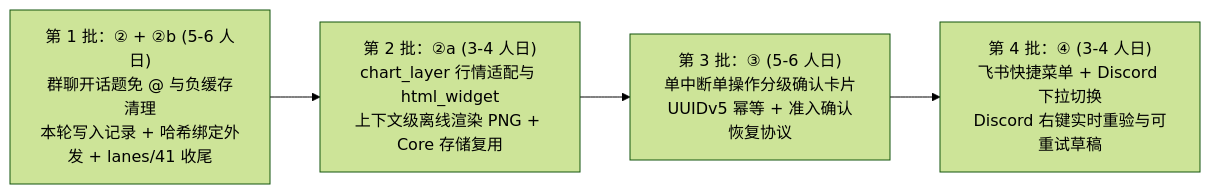
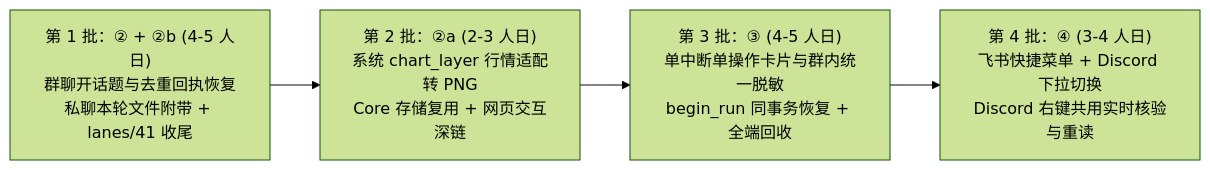
Before and after one commit to everflowinv/dalton-langalpha: the diagram in docs/dalton/features/channel-phase2.md, drawn with Mermaid (forest theme). The commit also changed other lines of this file, not shown here.

Commit message:
docs(channel): phase 2 design r4 narrowed scope (DM-only attachments, system charts only, transactional resume)

````diff
--- a/docs/dalton/features/channel-phase2.md
+++ b/docs/dalton/features/channel-phase2.md
@@ -631,6 +666,6 @@
 ```mermaid
 flowchart LR
-    B1["第 1 批：② + ②b (5-6 人日)<br/>群聊开话题免 @ 与负缓存清理<br/>本轮写入记录 + 哈希绑定外发 + lanes/41 收尾"] --> B2["第 2 批：②a (3-4 人日)<br/>chart_layer 行情适配与 html_widget<br/>上下文级离线渲染 PNG + Core 存储复用"]
-    B2 --> B3["第 3 批：③ (5-6 人日)<br/>单中断单操作分级确认卡片<br/>UUIDv5 幂等 + 准入确认恢复协议"]
-    B3 --> B4["第 4 批：④ (3-4 人日)<br/>飞书快捷菜单 + Discord 下拉切换<br/>Discord 右键实时重验与可重试草稿"]
+    B1["第 1 批：② + ②b (4-5 人日)<br/>群聊开话题与去重回执恢复<br/>私聊本轮文件附带 + lanes/41 收尾"] --> B2["第 2 批：②a (2-3 人日)<br/>系统 chart_layer 行情适配转 PNG<br/>Core 存储复用 + 网页交互深链"]
+    B2 --> B3["第 3 批：③ (4-5 人日)<br/>单中断单操作卡片与群内统一脱敏<br/>begin_run 同事务恢复 + 全端回收"]
+    B3 --> B4["第 4 批：④ (3-4 人日)<br/>飞书快捷菜单 + Discord 下拉切换<br/>Discord 右键共用实时核验与重读"]
 ```
````
